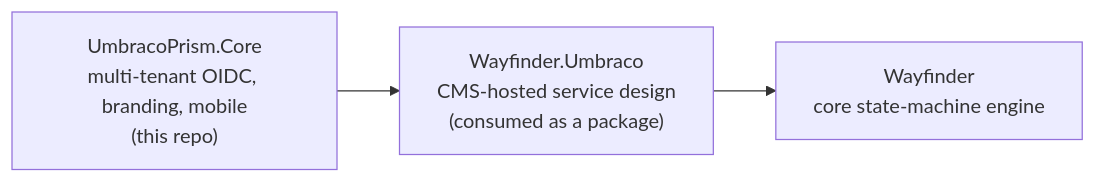
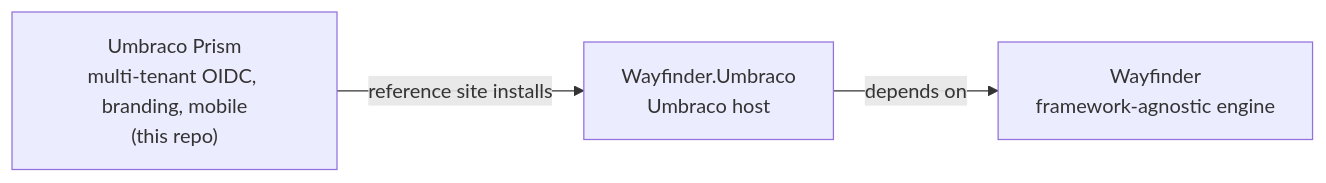
The diagram in README.md (jonnymuir/Umbraco.Prism), drawn with Mermaid before and after one commit. The commit also changed other lines of this file and 65 other files, not shown here.

````diff
--- a/README.md
+++ b/README.md
@@ -19,5 +19,5 @@
 ```mermaid
 graph LR
-  PRISM["UmbracoPrism.Core<br/>multi-tenant OIDC, branding, mobile<br/>(this repo)"] --> WFU["Wayfinder.Umbraco<br/>CMS-hosted service design<br/>(consumed as a package)"]
-  WFU --> WF["Wayfinder<br/>core state-machine engine"]
+  PRISM["Umbraco Prism<br/>multi-tenant OIDC, branding, mobile<br/>(this repo)"] -- "reference site installs" --> WFU["Wayfinder.Umbraco<br/>Umbraco host"]
+  WFU -- "depends on" --> WF["Wayfinder<br/>framework-agnostic engine"]
 ```
````
